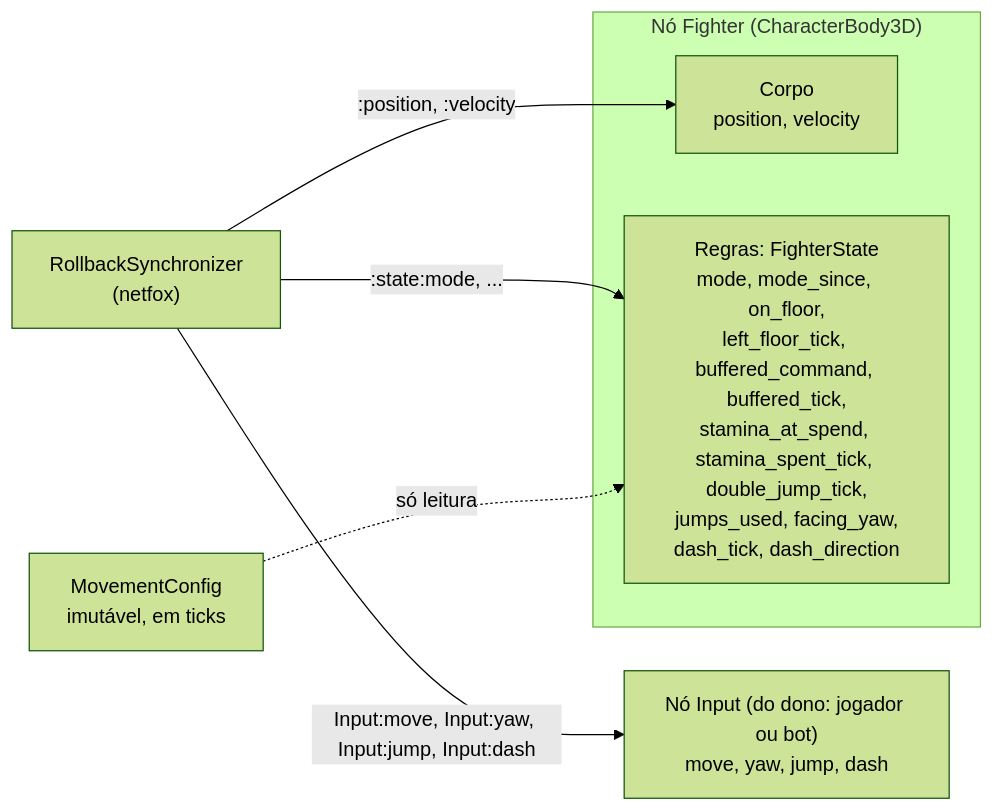
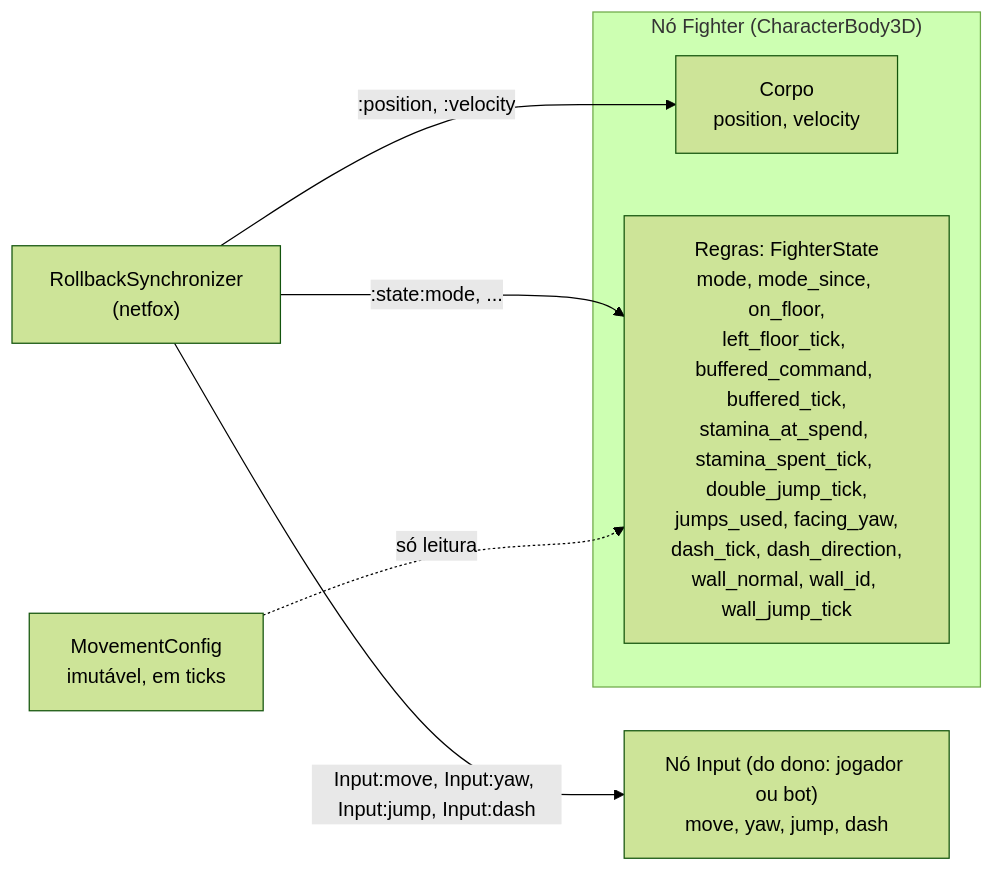
One commit to Kibryant/jogo-acrobatico changed the second of 5 diagrams in docs/arquitetura/visao-geral.md. Above: the diagram before and after it, drawn with Mermaid (forest theme). The commit also changed other lines of this file and 25 other files, not shown here.

````diff
--- a/docs/arquitetura/visao-geral.md
+++ b/docs/arquitetura/visao-geral.md
@@ -76,14 +76,14 @@
 ```mermaid
 flowchart LR
   subgraph fighter["Nó Fighter (CharacterBody3D)"]
     corpo["Corpo<br/>position, velocity"]
-    regras["Regras: FighterState<br/>mode, mode_since, on_floor,<br/>left_floor_tick, buffered_command, buffered_tick,<br/>stamina_at_spend, stamina_spent_tick, double_jump_tick,<br/>jumps_used, facing_yaw,<br/>dash_tick, dash_direction"]
+    regras["Regras: FighterState<br/>mode, mode_since, on_floor,<br/>left_floor_tick, buffered_command, buffered_tick,<br/>stamina_at_spend, stamina_spent_tick, double_jump_tick,<br/>jumps_used, facing_yaw,<br/>dash_tick, dash_direction,<br/>wall_normal, wall_id, wall_jump_tick"]
   end
   input["Nó Input (do dono: jogador ou bot)<br/>move, yaw, jump, dash"]
   config["MovementConfig<br/>imutável, em ticks"]
   rbs["RollbackSynchronizer<br/>(netfox)"]
   rbs -- ":position, :velocity" --> corpo
   rbs -- ":state:mode, ..." --> regras
   rbs -- "Input:move, Input:yaw, Input:jump, Input:dash" --> input
   config -. "só leitura" .-> regras
 ```
````
